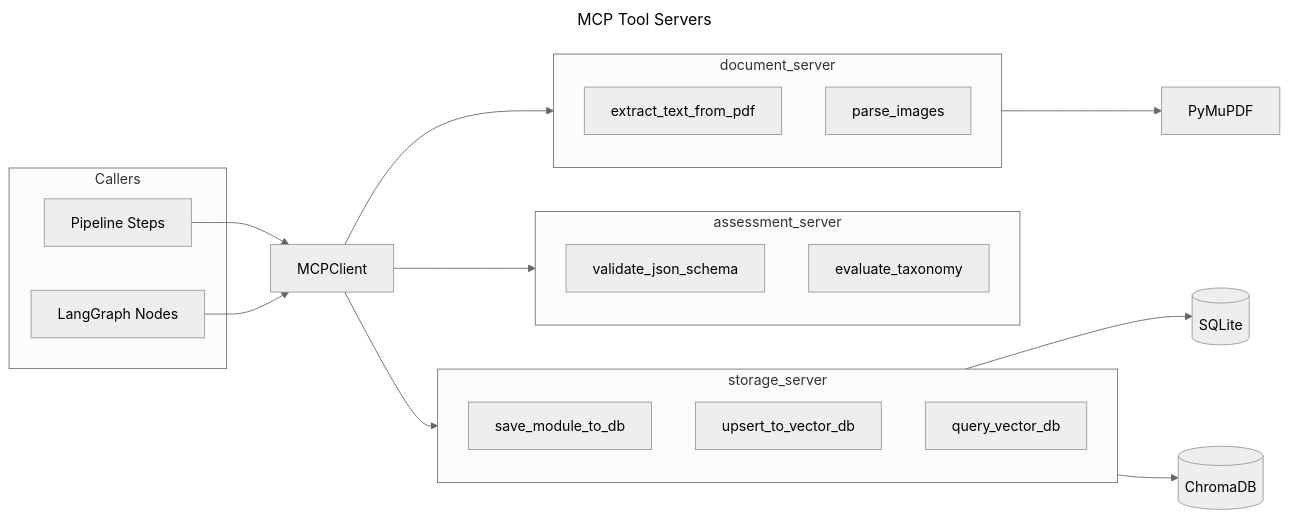
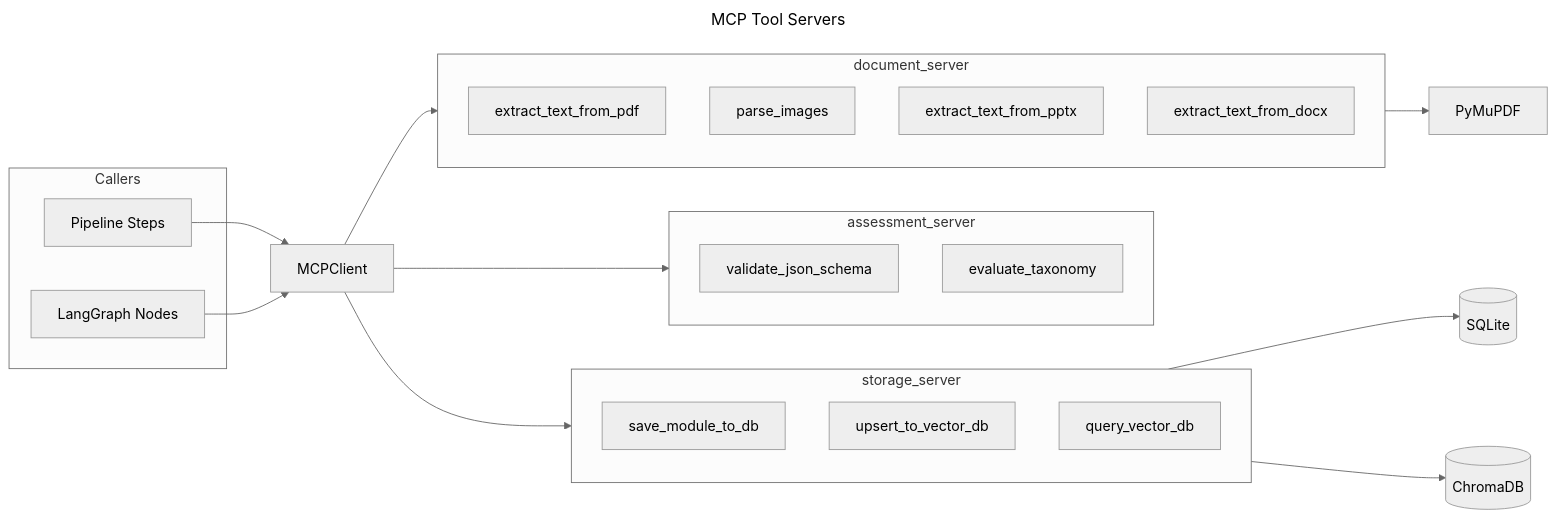
Before and after one commit to bijesh-p/deepl-ai-tutor: the fifth of 10 diagrams in ARCHITECTURE.md, drawn with Mermaid (neutral theme). The commit also changed other lines of this file, not shown here.

First line of the commit message:
Sync ARCHITECTURE.md with current SPEC.md and codebase

````diff
--- a/ARCHITECTURE.md
+++ b/ARCHITECTURE.md
@@ -372,34 +393,36 @@
 ```mermaid
 ---
 title: MCP Tool Servers
 ---
 flowchart LR
     subgraph Callers
         PIPE[Pipeline Steps]
         TUTOR[LangGraph Nodes]
     end
 
     MC[MCPClient]
 
     subgraph document_server
         T1[extract_text_from_pdf]
         T2[parse_images]
+        T1b[extract_text_from_pptx]
+        T1c[extract_text_from_docx]
     end
 
     subgraph assessment_server
         T3[validate_json_schema]
         T4[evaluate_taxonomy]
     end
 
     subgraph storage_server
         T5[save_module_to_db]
         T6[upsert_to_vector_db]
         T7[query_vector_db]
     end
 
     PIPE & TUTOR --> MC
     MC --> document_server & assessment_server & storage_server
     document_server --> PyMuPDF[PyMuPDF]
     storage_server --> SQLite[(SQLite)]
     storage_server --> ChromaDB[(ChromaDB)]
 ```
````
